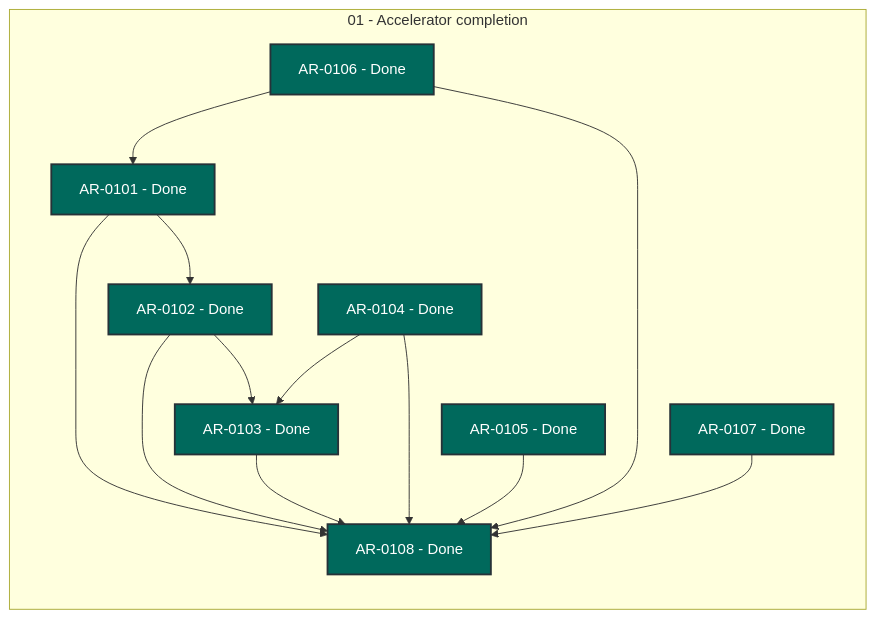
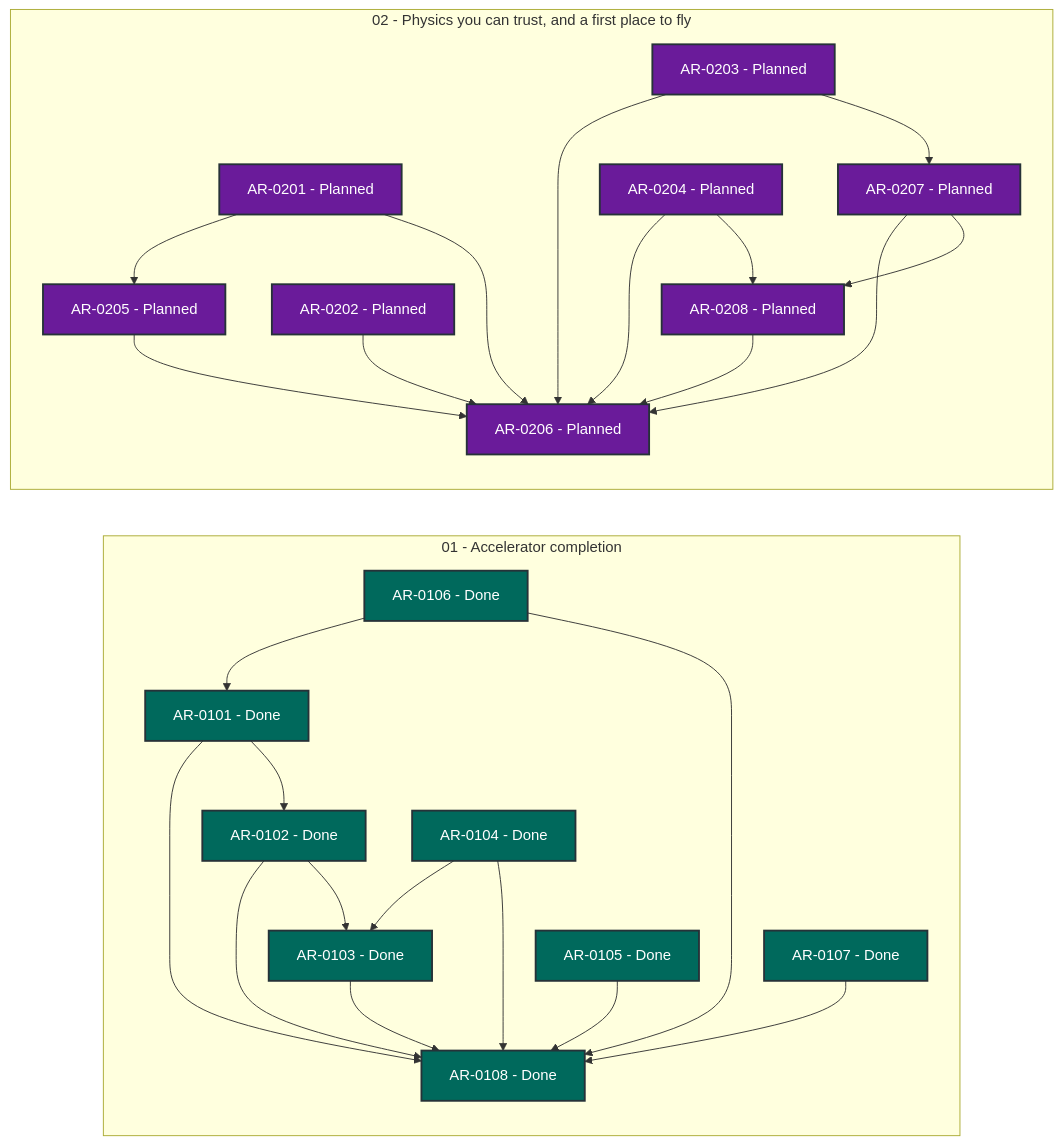
Before and after one commit to locutus3009/exgame: the diagram in coordination/STATUS.md, drawn with Mermaid. The commit also changed other lines of this file and 18 other files, not shown here.

First line of the commit message:
coordination: open milestone M2, physics you can trust and a first place to fly

````diff
--- a/coordination/STATUS.md
+++ b/coordination/STATUS.md
@@ -28,34 +28,56 @@
 ```mermaid
 flowchart LR
     subgraph series_01["01 - Accelerator completion"]
         direction TB
         AR_0101["AR-0101 - Done"]:::status_done
         AR_0102["AR-0102 - Done"]:::status_done
         AR_0103["AR-0103 - Done"]:::status_done
         AR_0104["AR-0104 - Done"]:::status_done
         AR_0105["AR-0105 - Done"]:::status_done
         AR_0106["AR-0106 - Done"]:::status_done
         AR_0107["AR-0107 - Done"]:::status_done
         AR_0108["AR-0108 - Done"]:::status_done
     end
+    subgraph series_02["02 - Physics you can trust, and a first place to fly"]
+        direction TB
+        AR_0201["AR-0201 - Planned"]:::status_planned
+        AR_0202["AR-0202 - Planned"]:::status_planned
+        AR_0203["AR-0203 - Planned"]:::status_planned
+        AR_0204["AR-0204 - Planned"]:::status_planned
+        AR_0205["AR-0205 - Planned"]:::status_planned
+        AR_0206["AR-0206 - Planned"]:::status_planned
+        AR_0207["AR-0207 - Planned"]:::status_planned
+        AR_0208["AR-0208 - Planned"]:::status_planned
+    end
     AR_0101 --> AR_0102
     AR_0101 --> AR_0108
     AR_0102 --> AR_0103
     AR_0102 --> AR_0108
     AR_0103 --> AR_0108
     AR_0104 --> AR_0103
     AR_0104 --> AR_0108
     AR_0105 --> AR_0108
     AR_0106 --> AR_0101
     AR_0106 --> AR_0108
     AR_0107 --> AR_0108
+    AR_0201 --> AR_0205
+    AR_0201 --> AR_0206
+    AR_0202 --> AR_0206
+    AR_0203 --> AR_0206
+    AR_0203 --> AR_0207
+    AR_0204 --> AR_0206
+    AR_0204 --> AR_0208
+    AR_0205 --> AR_0206
+    AR_0207 --> AR_0206
+    AR_0207 --> AR_0208
+    AR_0208 --> AR_0206
     classDef status_in_progress fill:#1565c0,color:#ffffff,stroke:#263238,stroke-width:2px
     classDef status_in_review fill:#ad1457,color:#ffffff,stroke:#263238,stroke-width:2px
     classDef status_open fill:#2e7d32,color:#ffffff,stroke:#263238,stroke-width:2px
     classDef status_blocked fill:#c62828,color:#ffffff,stroke:#263238,stroke-width:2px
     classDef status_planned fill:#6a1b9a,color:#ffffff,stroke:#263238,stroke-width:2px
     classDef status_future fill:#455a64,color:#ffffff,stroke:#263238,stroke-width:2px
     classDef status_done fill:#00695c,color:#ffffff,stroke:#263238,stroke-width:2px
     classDef status_cancelled fill:#616161,color:#ffffff,stroke:#263238,stroke-width:2px
     classDef status_superseded fill:#5d4037,color:#ffffff,stroke:#263238,stroke-width:2px
 ```
````
